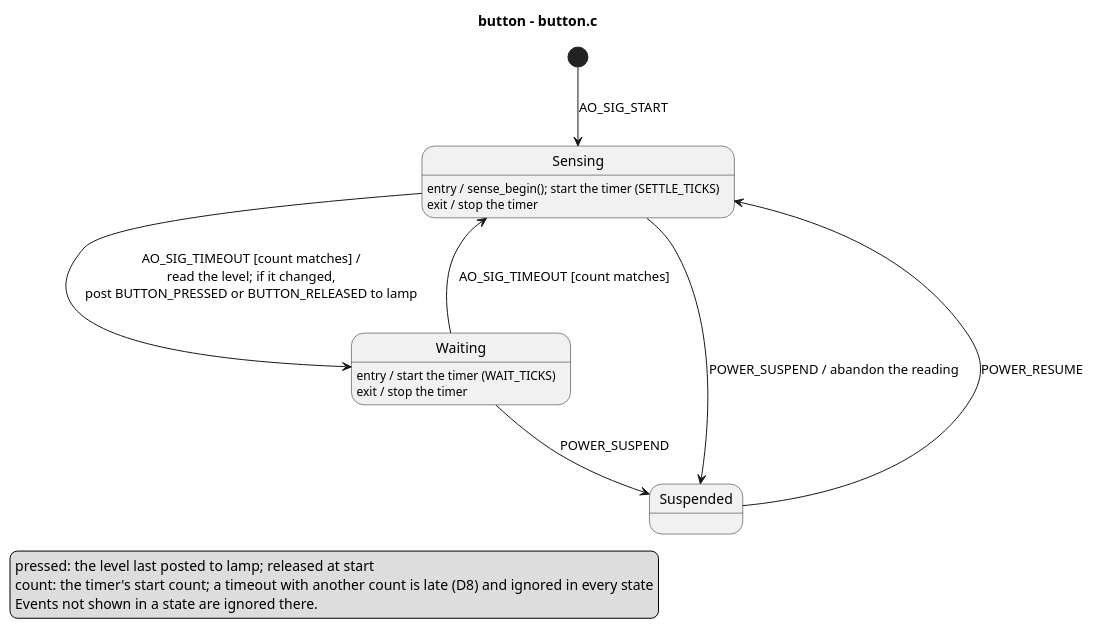
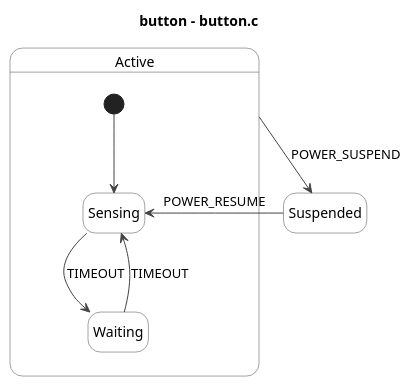
One commit to AhmedKishki/agent-skills changed the first of 2 diagrams in skills/active-objects/references/diagrams.md. Above: the diagram before and after it, drawn with PlantUML. The commit also changed other lines of this file and 3 other files, not shown here.

````diff
--- a/skills/active-objects/references/diagrams.md
+++ b/skills/active-objects/references/diagrams.md
@@ -69,26 +54,22 @@
 ```plantuml
 @startuml
 ' button (button.c) as the code behaves.
-' A guard reads the values before the action runs.
 title button - button.c
+hide empty description
+skinparam shadowing false
+skinparam state {
+  BackgroundColor White
+  BorderColor #444444
+  ArrowColor #444444
+}
 
-[*] --> Sensing : AO_SIG_START
+state Active {
+  [*] --> Sensing
+  Sensing --> Waiting : TIMEOUT
+  Waiting --> Sensing : TIMEOUT
+}
 
-Sensing : entry / sense_begin(); start the timer (SETTLE_TICKS)
-Sensing : exit / stop the timer
-Waiting : entry / start the timer (WAIT_TICKS)
-Waiting : exit / stop the timer
-
-Sensing --> Waiting : AO_SIG_TIMEOUT [count matches] /\nread the level; if it changed,\npost BUTTON_PRESSED or BUTTON_RELEASED to lamp
-Sensing --> Suspended : POWER_SUSPEND / abandon the reading
-Waiting --> Sensing : AO_SIG_TIMEOUT [count matches]
-Waiting --> Suspended : POWER_SUSPEND
+Active --> Suspended : POWER_SUSPEND
 Suspended --> Sensing : POWER_RESUME
-
-legend left
-pressed: the level last posted to lamp; released at start
-count: the timer's start count; a timeout with another count is late (D8) and ignored in every state
-Events not shown in a state are ignored there.
-endlegend
 @enduml
 ```
````
